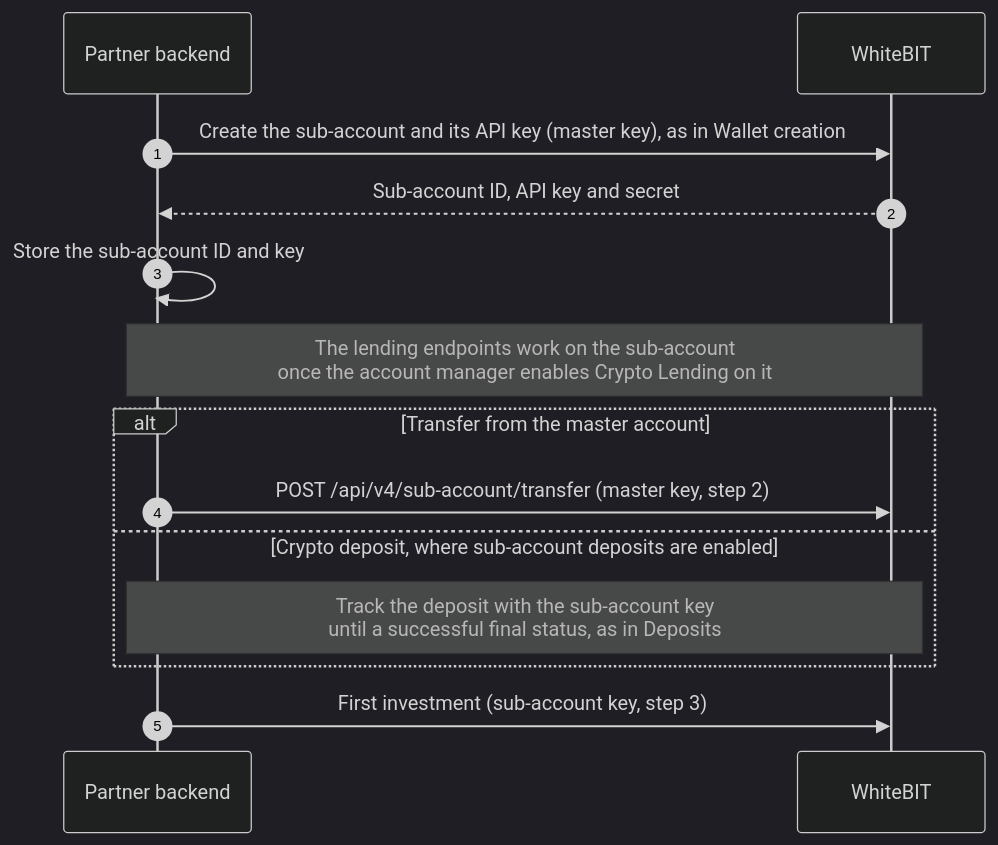
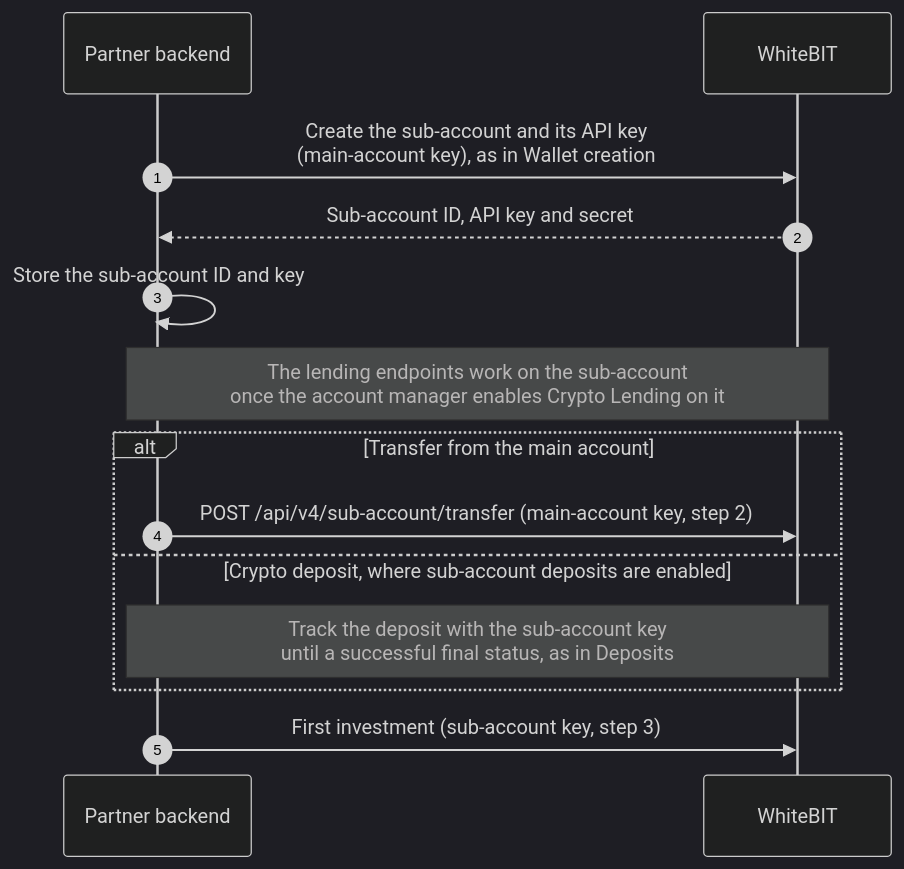
Before and after one commit to whitebit-exchange/docs: the first of 6 diagrams in guides/yaas-integration.mdx, drawn with Mermaid (dark theme). The commit also changed other lines of this file and 24 other files, not shown here.

Commit message:
docs(guide): rename master account to main account across the portal

````diff
--- a/guides/yaas-integration.mdx
+++ b/guides/yaas-integration.mdx
@@ -55,17 +55,17 @@
 ```mermaid
 sequenceDiagram
     autonumber
     participant P as Partner backend
     participant W as WhiteBIT
 
-    P->>W: Create the sub-account and its API key (master key), as in Wallet creation
+    P->>W: Create the sub-account and its API key<br/>(main-account key), as in Wallet creation
     W-->>P: Sub-account ID, API key and secret
     P->>P: Store the sub-account ID and key
     Note over P,W: The lending endpoints work on the sub-account<br/>once the account manager enables Crypto Lending on it
-    alt Transfer from the master account
-        P->>W: POST /api/v4/sub-account/transfer (master key, step 2)
+    alt Transfer from the main account
+        P->>W: POST /api/v4/sub-account/transfer (main-account key, step 2)
     else Crypto deposit, where sub-account deposits are enabled
         Note over P,W: Track the deposit with the sub-account key<br/>until a successful final status, as in Deposits
     end
     P->>W: First investment (sub-account key, step 3)
 ```
````
